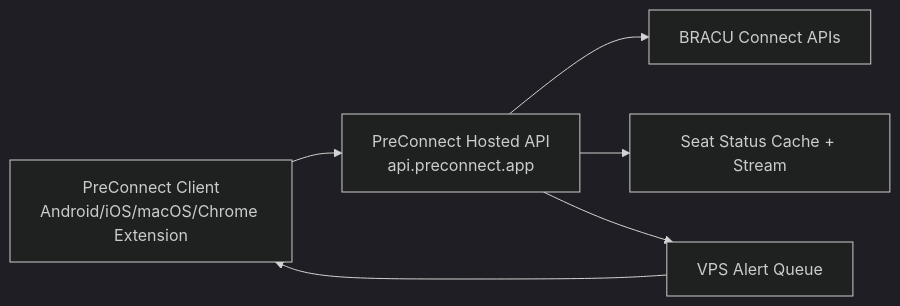
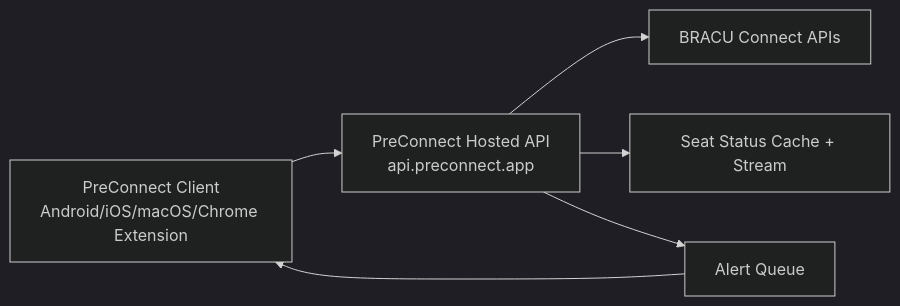
One commit to hitblast/preconnect changed the diagram in README.md. Above: the diagram before and after it, drawn with Mermaid (dark theme). The commit also changed other lines of this file and 40 other files, not shown here.

````diff
--- a/README.md
+++ b/README.md
@@ -269,8 +111,8 @@
 ```mermaid
 flowchart LR
   A[PreConnect Client\nAndroid/iOS/macOS/Chrome Extension] --> B[PreConnect Hosted API\napi.preconnect.app]
   B --> C[BRACU Connect APIs]
   B --> D[Seat Status Cache + Stream]
-  B --> E[VPS Alert Queue]
+  B --> E[Alert Queue]
   E --> A
 ```
````
